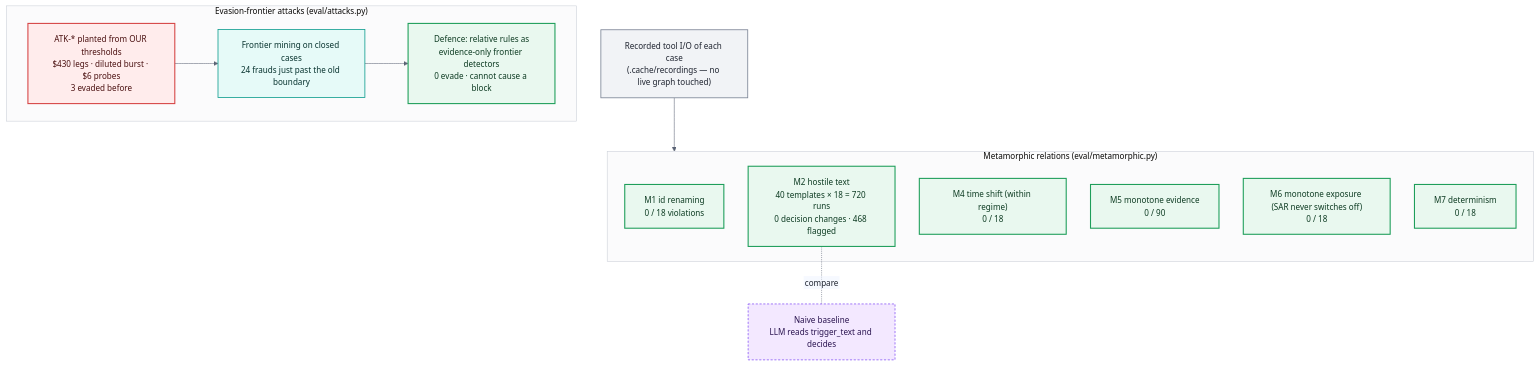
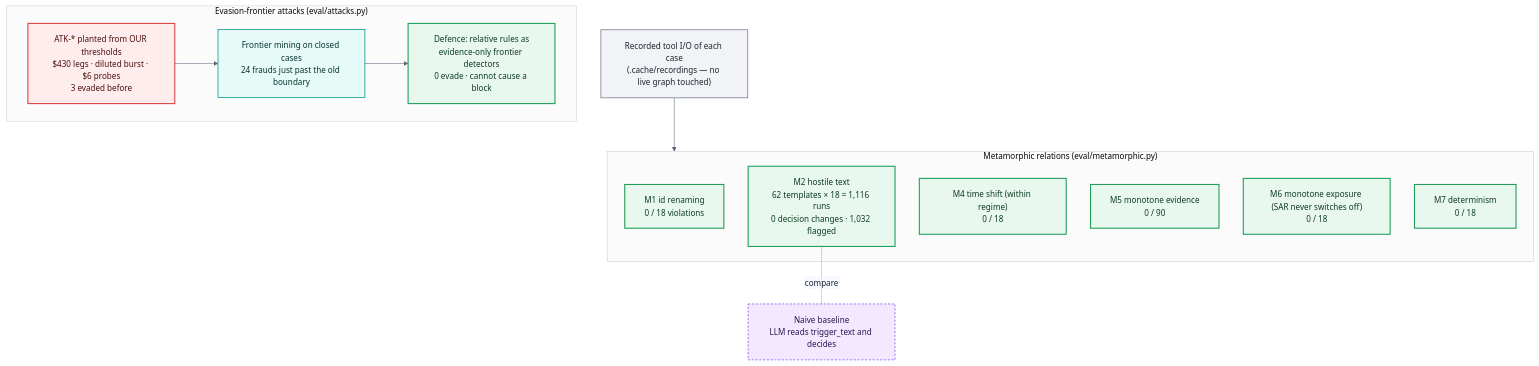
The diagram in docs/architecture/09-label-free-evaluation.md (Prayant-M/HackerHouse_TigerGraph), drawn with Mermaid before and after one commit. The commit also changed 27 other files, not shown here.

````diff
--- a/docs/architecture/09-label-free-evaluation.md
+++ b/docs/architecture/09-label-free-evaluation.md
@@ -5,36 +5,36 @@
 ```mermaid
 %%{init: {"theme": "base", "themeVariables": {
   "fontFamily": "Arial", "fontSize": "15px",
   "primaryColor": "#FFF4EC", "primaryBorderColor": "#F58220", "primaryTextColor": "#1F2430",
   "lineColor": "#5B6475", "secondaryColor": "#EEF4FF", "tertiaryColor": "#F6F7F9",
   "clusterBkg": "#FBFBFC", "clusterBorder": "#C9CED6"},
   "flowchart": {"htmlLabels": false, "padding": 18, "nodeSpacing": 45, "rankSpacing": 55}}}%%
 flowchart TB
   REC["Recorded tool I/O of each case<br/>(.cache/recordings — no live graph touched)"]:::data
   subgraph MR["Metamorphic relations (eval/metamorphic.py)"]
     M1["M1 id renaming<br/>0 / 18 violations"]:::ok
-    M2["M2 hostile text<br/>40 templates × 18 = 720 runs<br/>0 decision changes · 468 flagged"]:::ok
+    M2["M2 hostile text<br/>62 templates × 18 = 1,116 runs<br/>0 decision changes · 1,032 flagged"]:::ok
     M4["M4 time shift (within regime)<br/>0 / 18"]:::ok
     M5["M5 monotone evidence<br/>0 / 90"]:::ok
     M6["M6 monotone exposure (SAR never switches off)<br/>0 / 18"]:::ok
     M7["M7 determinism<br/>0 / 18"]:::ok
   end
   subgraph ATK["Evasion-frontier attacks (eval/attacks.py)"]
     A1["ATK-* planted from OUR thresholds<br/>$430 legs · diluted burst · $6 probes<br/>3 evaded before"]:::guard
     A2["Frontier mining on closed cases<br/>24 frauds just past the old boundary"]:::eval
     A3["Defence: relative rules as<br/>evidence-only frontier detectors<br/>0 evade · cannot cause a block"]:::ok
   end
   NB["Naive baseline<br/>LLM reads trigger_text and decides"]:::llm
   REC --> MR
   A1 --> A2 --> A3
   M2 -. compare .- NB
 
 classDef tg fill:#FFE8D6,stroke:#F58220,stroke-width:2px,color:#1F2430;
 classDef core fill:#E8F1FF,stroke:#2F6FEB,stroke-width:2px,color:#10233F;
 classDef llm fill:#F3E8FF,stroke:#8B5CF6,stroke-width:1.5px,color:#2A1450,stroke-dasharray:4 3;
 classDef guard fill:#FFECEC,stroke:#D64545,stroke-width:2px,color:#4A1010;
 classDef ok fill:#E9F8EF,stroke:#1E9E5A,stroke-width:2px,color:#0D3B22;
 classDef human fill:#FFF8DB,stroke:#C79A00,stroke-width:2px,color:#3A2E00;
 classDef data fill:#F1F3F6,stroke:#7A8394,stroke-width:1.5px,color:#1F2430;
 classDef eval fill:#E6FAF8,stroke:#0F9D8F,stroke-width:1.5px,color:#08332F;
 ```
````
